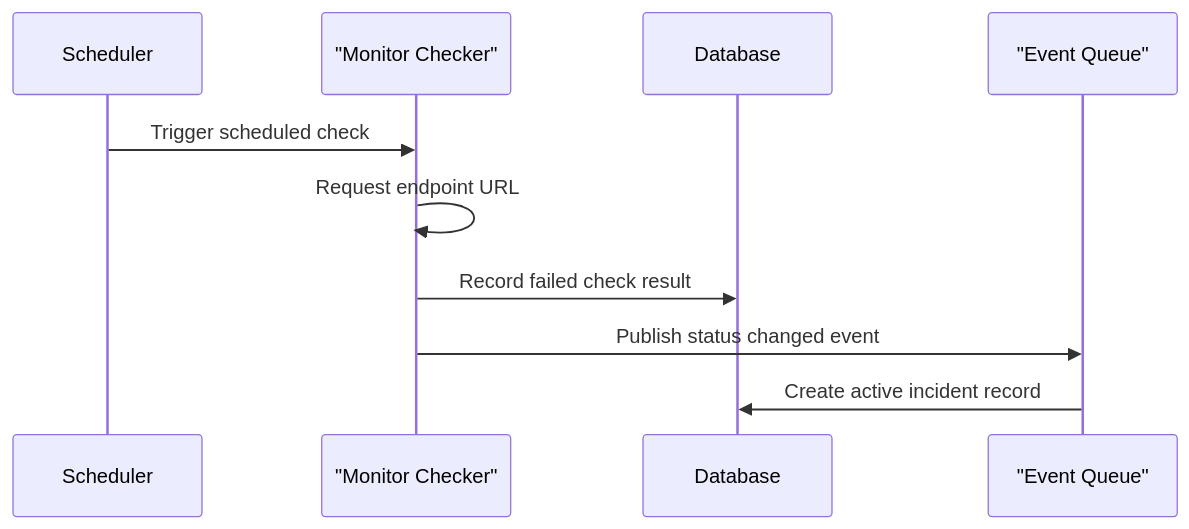
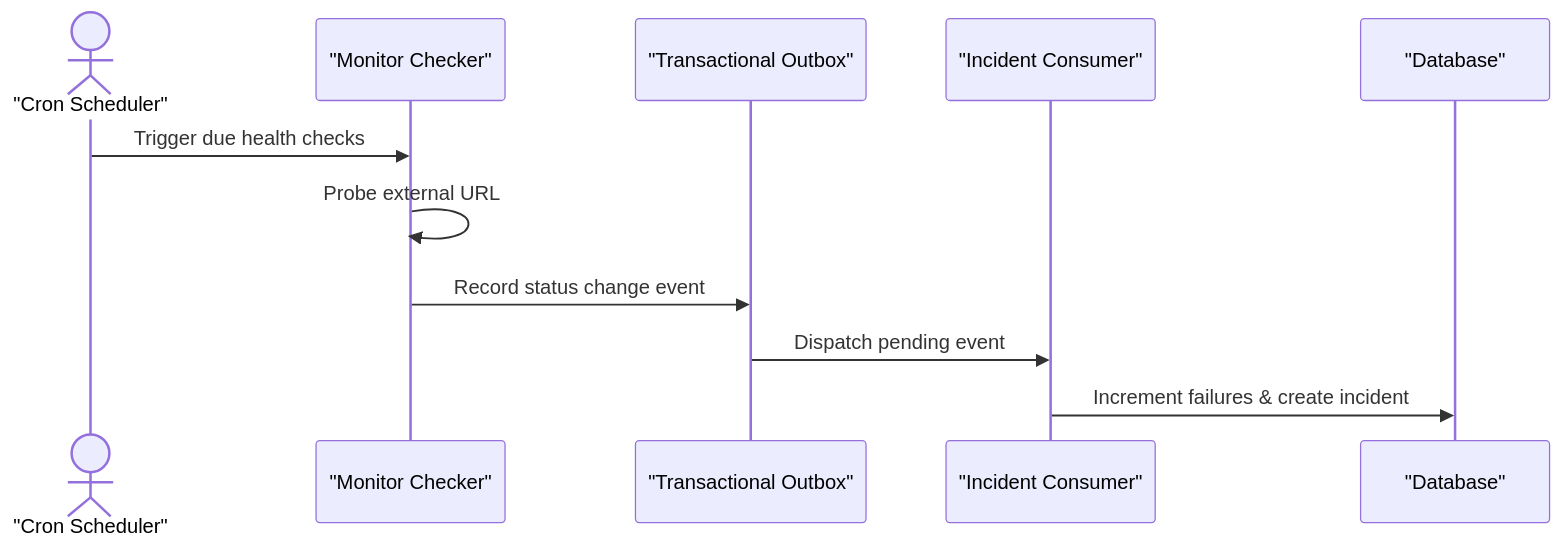
The second of 3 diagrams in README.md (onosejoor/operatio), drawn with Mermaid before and after one commit. The commit also changed other lines of this file and 10 other files, not shown here.

First line of the commit message:
feat: add backend URL to environment configuration and health check scheduler

````diff
--- a/README.md
+++ b/README.md
@@ -79,13 +36,14 @@
 ```mermaid
 sequenceDiagram
-  participant Scheduler
-  participant MonitorCheck as "Monitor Checker"
-  participant Database
-  participant EventQueue as "Event Queue"
+  actor Scheduler as "Cron Scheduler"
+  participant Checker as "Monitor Checker"
+  participant Outbox as "Transactional Outbox"
+  participant Consumer as "Incident Consumer"
+  participant DB as "Database"
 
-  Scheduler->>MonitorCheck: Trigger scheduled check
-  MonitorCheck->>MonitorCheck: Request endpoint URL
-  MonitorCheck->>Database: Record failed check result
-  MonitorCheck->>EventQueue: Publish status changed event
-  EventQueue->>Database: Create active incident record
+  Scheduler->>Checker: Trigger due health checks
+  Checker->>Checker: Probe external URL
+  Checker->>Outbox: Record status change event
+  Outbox->>Consumer: Dispatch pending event
+  Consumer->>DB: Increment failures & create incident
 ```
````
